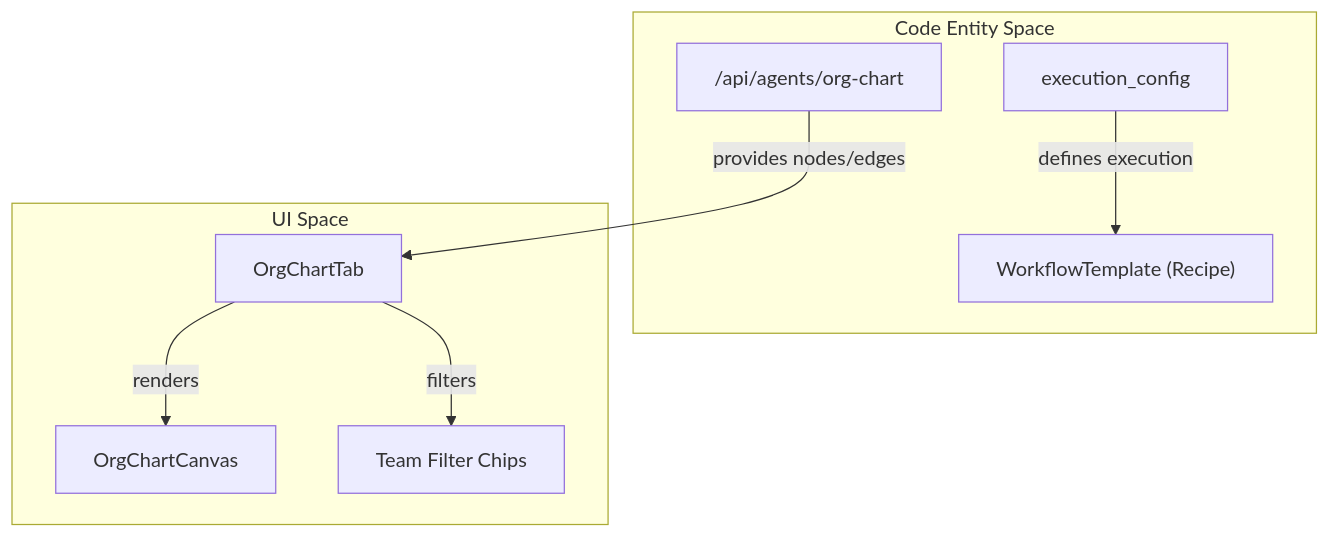
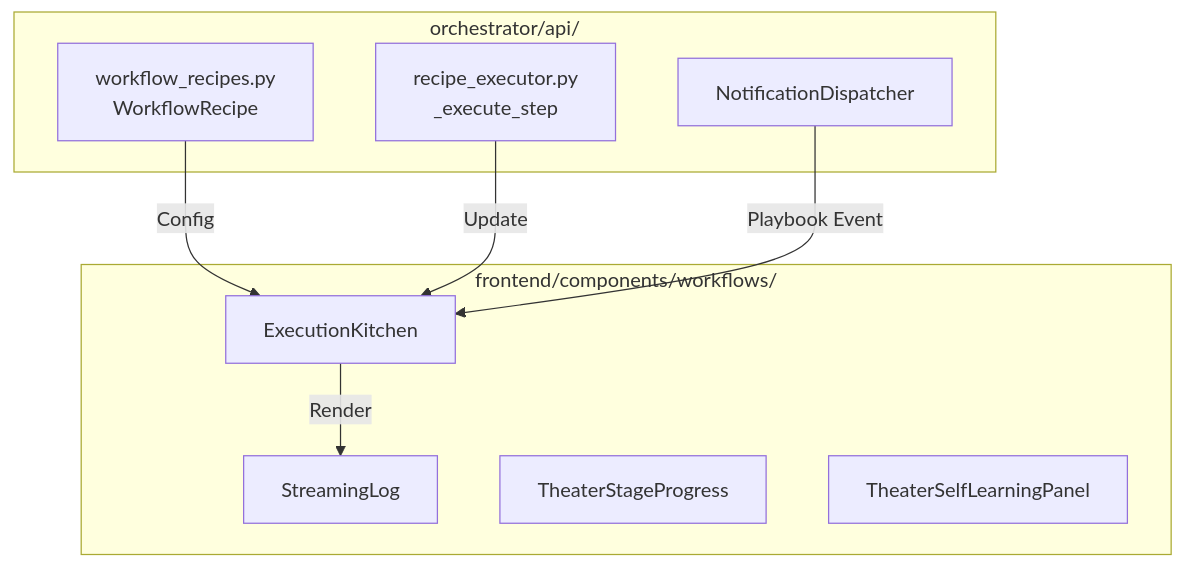
The fifth of 5 diagrams in docs/workflows-recipes/execution-configuration.md (AutomatosAI/automatos-ai), drawn with Mermaid before and after one commit. The commit also changed other lines of this file and 191 other files, not shown here.

````diff
--- a/docs/workflows-recipes/execution-configuration.md
+++ b/docs/workflows-recipes/execution-configuration.md
@@ -163,19 +179,20 @@
 ```mermaid
 graph TB
-    subgraph "Code Entity Space"
-        API["/api/agents/org-chart"]
-        Model["WorkflowTemplate (Recipe)"]
-        Config["execution_config"]
+    subgraph "frontend/components/workflows/"
+        Kitchen["ExecutionKitchen"]
+        Log["StreamingLog"]
+        Progress["TheaterStageProgress"]
+        Learning["TheaterSelfLearningPanel"]
     end
 
-    subgraph "UI Space"
-        Tab["OrgChartTab"]
-        Canvas["OrgChartCanvas"]
-        TeamFilter["Team Filter Chips"]
+    subgraph "orchestrator/api/"
+        WFR["workflow_recipes.py<br/>WorkflowRecipe"]
+        Executor["recipe_executor.py<br/>_execute_step"]
+        Notify["NotificationDispatcher"]
     end
 
-    API -->|"provides nodes/edges"| Tab
-    Config -->|"defines execution"| Model
-    Tab -->|"renders"| Canvas
-    Tab -->|"filters"| TeamFilter
+    WFR -->|"Config"| Kitchen
+    Kitchen -->|"Render"| Log
+    Executor -->|"Update"| Kitchen
+    Notify -->|"Playbook Event"| Kitchen
 ```
````
